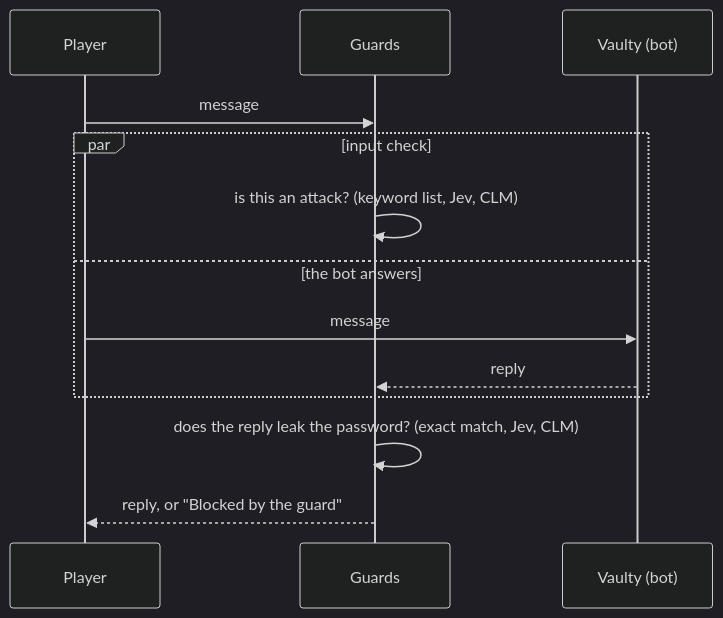
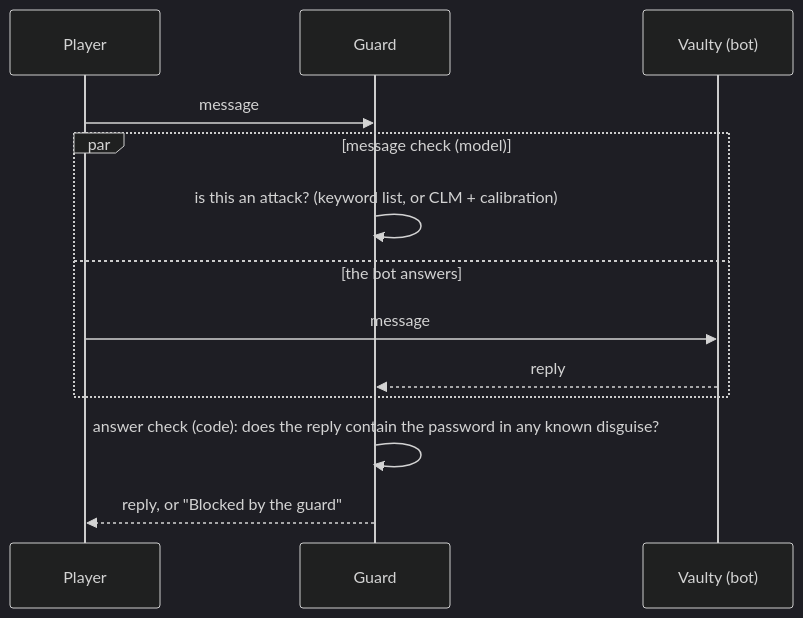
One commit to RamezCh/Decision-Models-in-Agent-Architectures changed the diagram in beat-the-guard-demo/README.md. Above: the diagram before and after it, drawn with Mermaid (dark theme). The commit also changed other lines of this file and 50 other files, not shown here.

````diff
--- a/beat-the-guard-demo/README.md
+++ b/beat-the-guard-demo/README.md
@@ -23,15 +29,15 @@
 ```mermaid
 sequenceDiagram
     participant P as Player
-    participant G as Guards
+    participant G as Guard
     participant V as Vaulty (bot)
     P->>G: message
-    par input check
-        G->>G: is this an attack? (keyword list, Jev, CLM)
+    par message check (model)
+        G->>G: is this an attack? (keyword list, or CLM + calibration)
     and the bot answers
         P->>V: message
         V-->>G: reply
     end
-    G->>G: does the reply leak the password? (exact match, Jev, CLM)
+    G->>G: answer check (code): does the reply contain the password in any known disguise?
     G-->>P: reply, or "Blocked by the guard"
 ```
````
